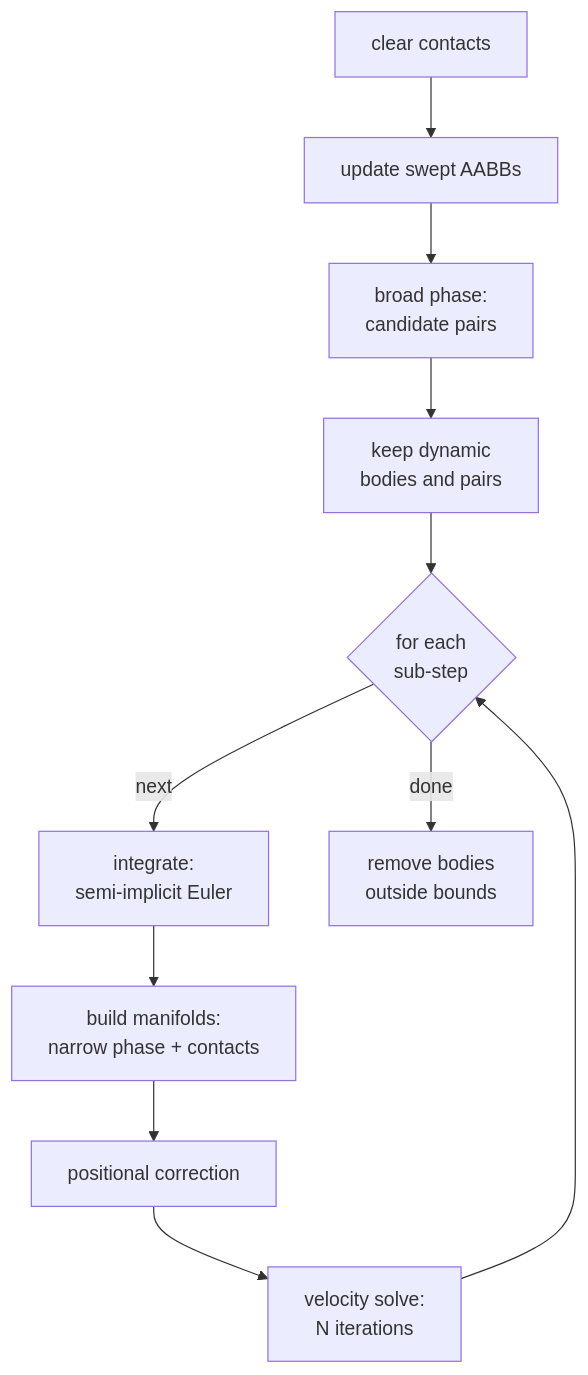
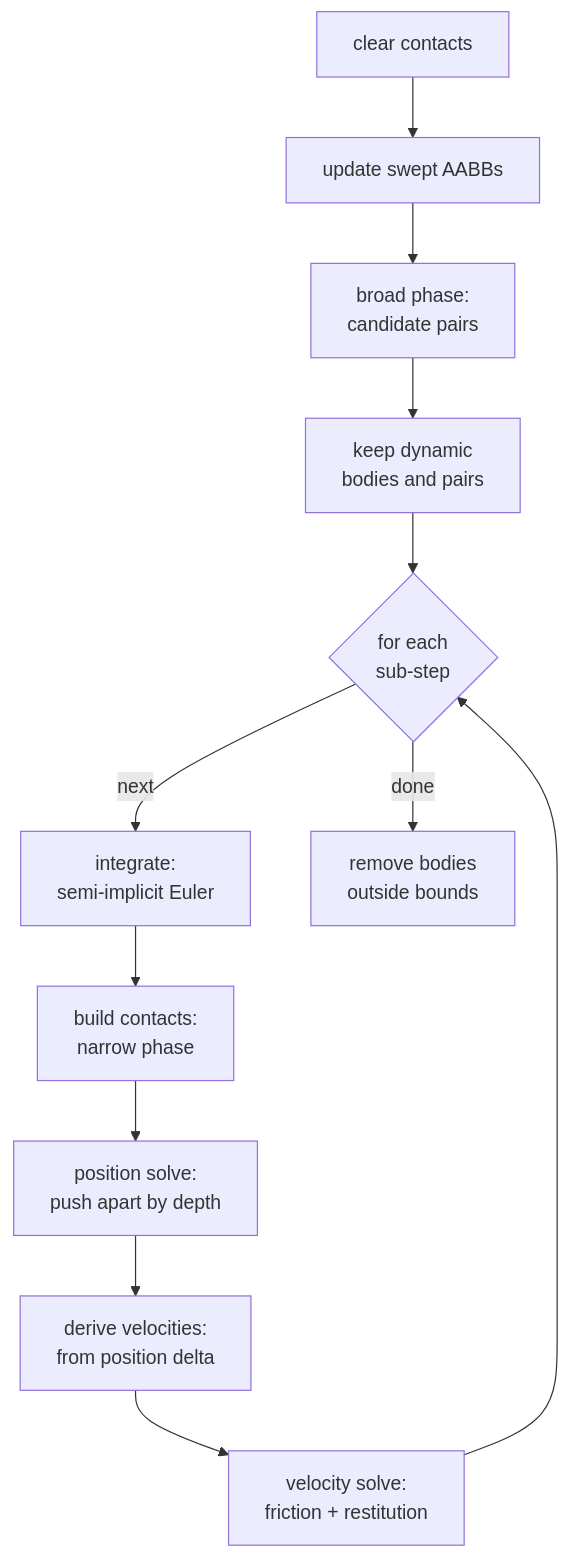
The diagram in docs/tutorial/02-serial-engine.md (matajoh/boc-physics), drawn with Mermaid before and after one commit. The commit also changed other lines of this file and 7 other files, not shown here.

````diff
--- a/docs/tutorial/02-serial-engine.md
+++ b/docs/tutorial/02-serial-engine.md
@@ -124,13 +117,14 @@
 ```mermaid
 flowchart TD
     A[clear contacts] --> B[update swept AABBs]
     B --> C[broad phase:<br/>candidate pairs]
     C --> D[keep dynamic<br/>bodies and pairs]
     D --> E{for each<br/>sub-step}
     E -->|next| F[integrate:<br/>semi-implicit Euler]
-    F --> G[build manifolds:<br/>narrow phase + contacts]
-    G --> H[positional correction]
-    H --> I[velocity solve:<br/>N iterations]
-    I --> E
+    F --> G[build contacts:<br/>narrow phase]
+    G --> H[position solve:<br/>push apart by depth]
+    H --> I[derive velocities:<br/>from position delta]
+    I --> K[velocity solve:<br/>friction + restitution]
+    K --> E
     E -->|done| J[remove bodies<br/>outside bounds]
 ```
````
